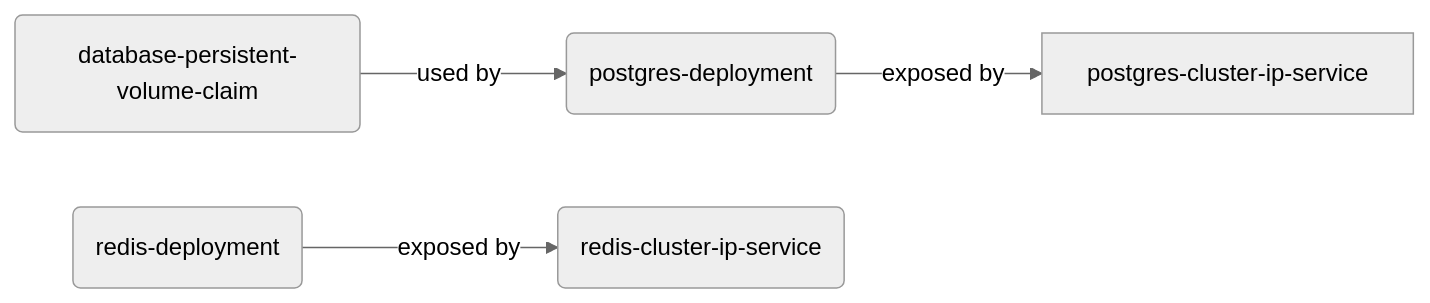
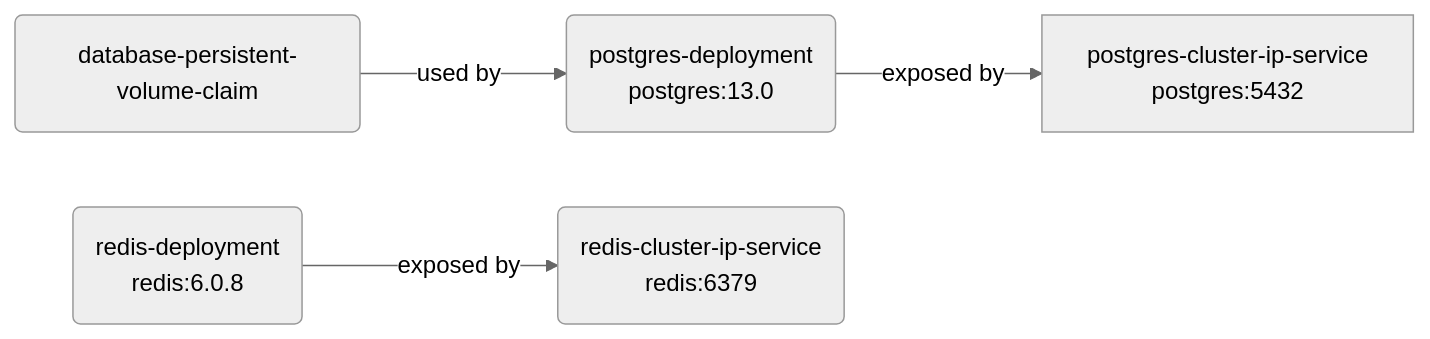
The diagram in README.md (BrockMarekins/multi-k8s), drawn with Mermaid (neutral theme) before and after one commit. The commit also changed 2 other files, not shown here.

Commit message:
Fix DB versions (#4)
* Fix DB versions

* Add fixed versions to README

````diff
--- a/README.md
+++ b/README.md
@@ -14,6 +14,6 @@
 ```mermaid
 graph LR
-A(database-persistent-volume-claim) -- used by --> B(postgres-deployment)
-B -- exposed by --> C[postgres-cluster-ip-service]
-D(redis-deployment) -- exposed by --> E(redis-cluster-ip-service)
+A(database-persistent-volume-claim) -- used by --> B(postgres-deployment <br> postgres:13.0)
+B -- exposed by --> C[postgres-cluster-ip-service <br> postgres:5432]
+D(redis-deployment <br> redis:6.0.8) -- exposed by --> E(redis-cluster-ip-service <br> redis:6379)
 ```
````
